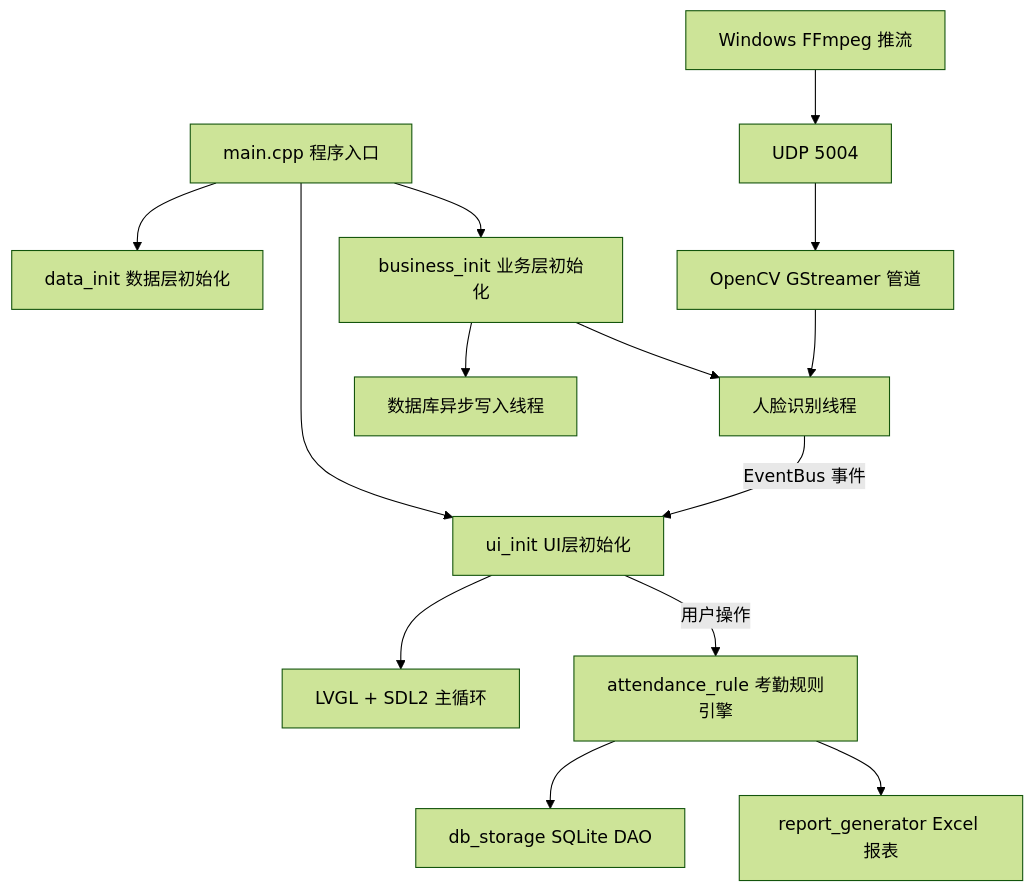
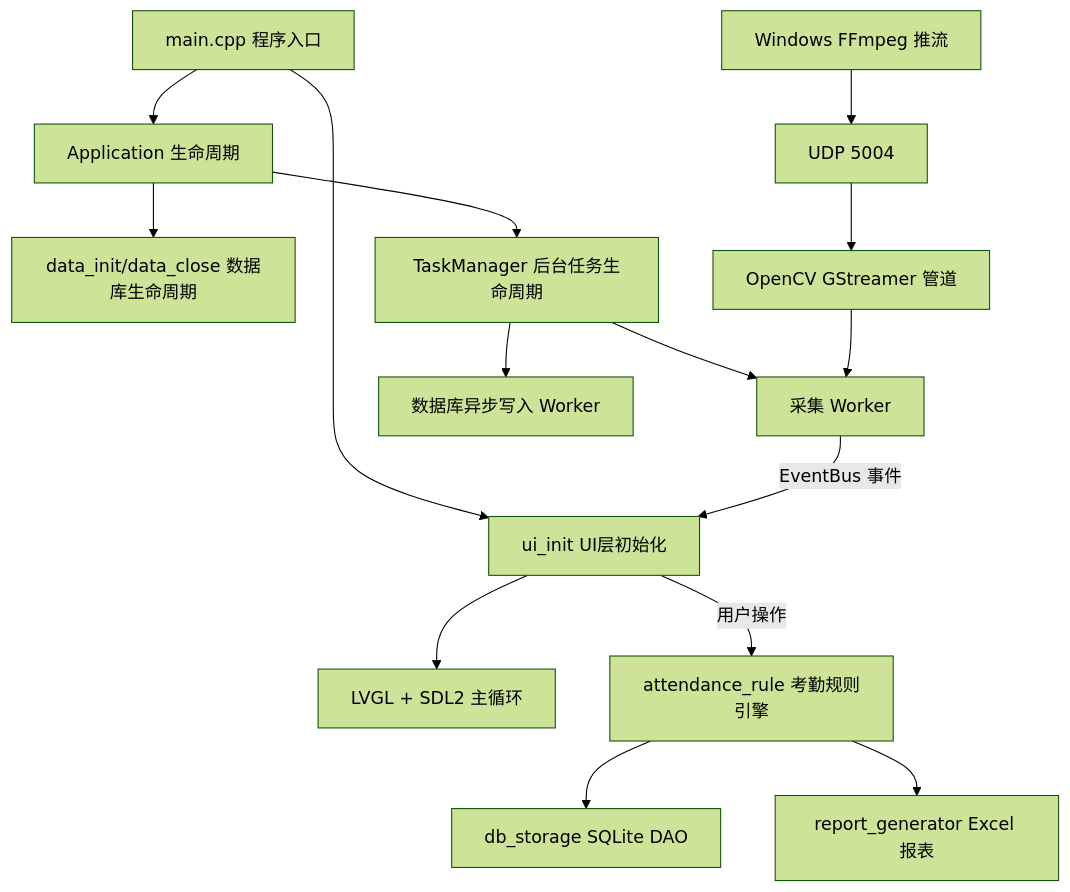
The diagram in README.md (Drunk552/SmartAttendance), drawn with Mermaid (forest theme) before and after one commit. The commit also changed 11 other files, not shown here.

Commit message:
refactor: let TaskManager own background workers

````diff
--- a/README.md
+++ b/README.md
@@ -330,19 +330,20 @@
 ```mermaid
 graph TD
-    A[main.cpp 程序入口] --> B[data_init 数据层初始化]
-    A --> C[ui_init UI层初始化]
-    A --> D[business_init 业务层初始化]
+    A[main.cpp 程序入口] --> B[Application 生命周期]
+    B --> C[data_init/data_close 数据库生命周期]
+    A --> D[ui_init UI层初始化]
+    B --> E[TaskManager 后台任务生命周期]
 
-    C --> E[LVGL + SDL2 主循环]
-    D --> F[人脸识别线程]
-    D --> K[数据库异步写入线程]
+    D --> F[LVGL + SDL2 主循环]
+    E --> G[采集 Worker]
+    E --> H[数据库异步写入 Worker]
 
-    J[Windows FFmpeg 推流] --> L[UDP 5004]
-    L --> M[OpenCV GStreamer 管道]
-    M --> F
+    I[Windows FFmpeg 推流] --> J[UDP 5004]
+    J --> K[OpenCV GStreamer 管道]
+    K --> G
 
-    F -->|EventBus 事件| C
-    C -->|用户操作| G[attendance_rule 考勤规则引擎]
-    G --> H[db_storage SQLite DAO]
-    G --> I[report_generator Excel 报表]
+    G -->|EventBus 事件| D
+    D -->|用户操作| L[attendance_rule 考勤规则引擎]
+    L --> M[db_storage SQLite DAO]
+    L --> N[report_generator Excel 报表]
 ```
````
